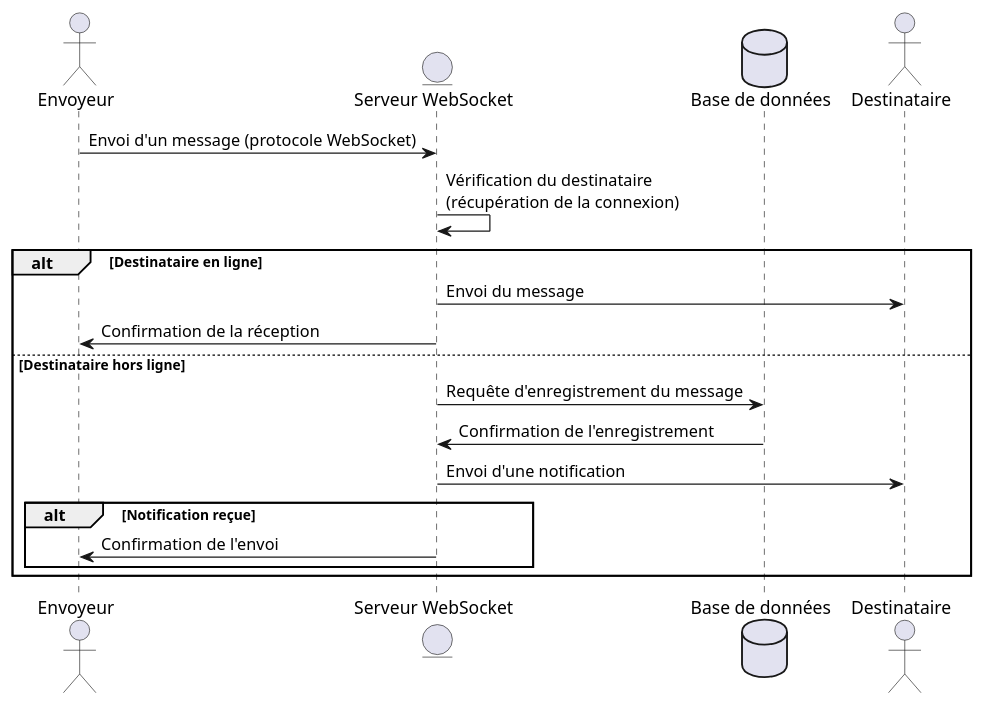
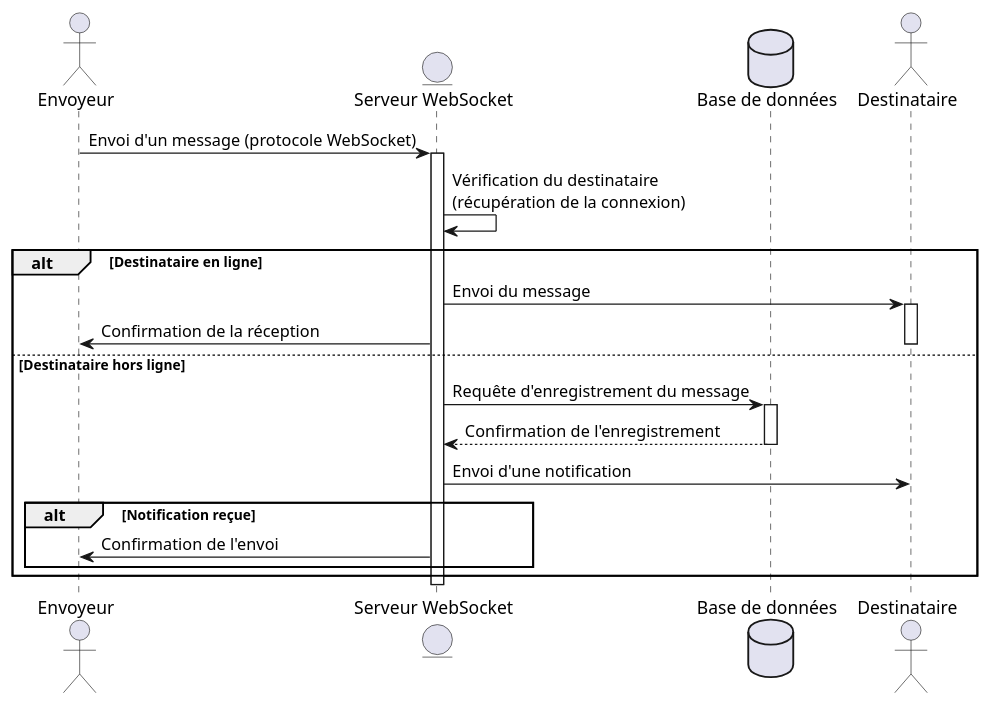
The diagram in docs/assets/diagrams/src/sending-message.puml (nezia1/missive-documentation), drawn with PlantUML before and after one commit. The commit also changed 10 other files, not shown here.

Commit message:
add lifeline to diagrams

```diff
--- a/docs/assets/diagrams/src/sending-message.puml
+++ b/docs/assets/diagrams/src/sending-message.puml
@@ -2,20 +1,27 @@
 @startuml sending-message
 actor "Envoyeur" as Sender
 entity "Serveur WebSocket" as WebSocket
 database "Base de données" as Database
 actor "Destinataire" as Receiver
 
 Sender -> WebSocket : Envoi d'un message (protocole WebSocket)
+activate WebSocket
 WebSocket -> WebSocket : Vérification du destinataire \n(récupération de la connexion)
+
 alt Destinataire en ligne
     WebSocket -> Receiver : Envoi du message
+    activate Receiver
     WebSocket -> Sender : Confirmation de la réception
+    deactivate Receiver
 else Destinataire hors ligne
     WebSocket -> Database : Requête d'enregistrement du message
-    Database -> WebSocket : Confirmation de l'enregistrement
+    activate Database
+    Database --> WebSocket : Confirmation de l'enregistrement
+    deactivate Database
     WebSocket -> Receiver : Envoi d'une notification
     alt Notification reçue
         WebSocket -> Sender : Confirmation de l'envoi
     end
 end
+deactivate WebSocket
 @enduml
```
